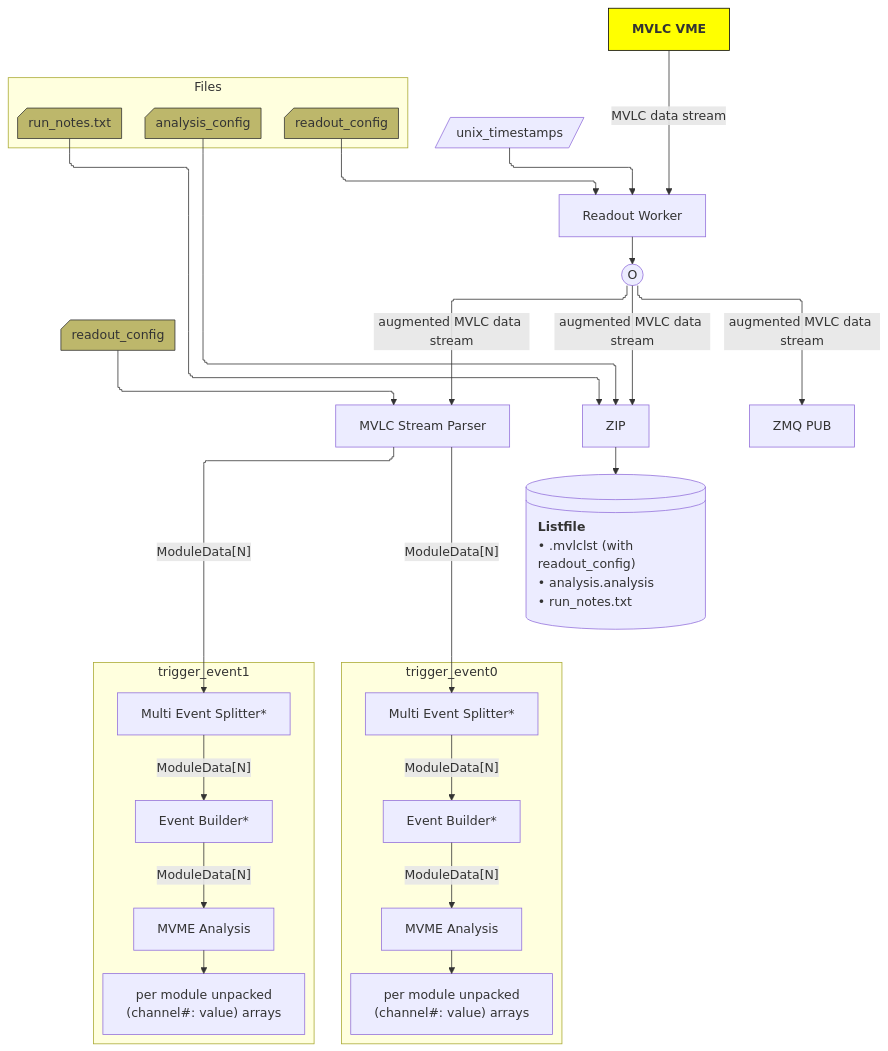
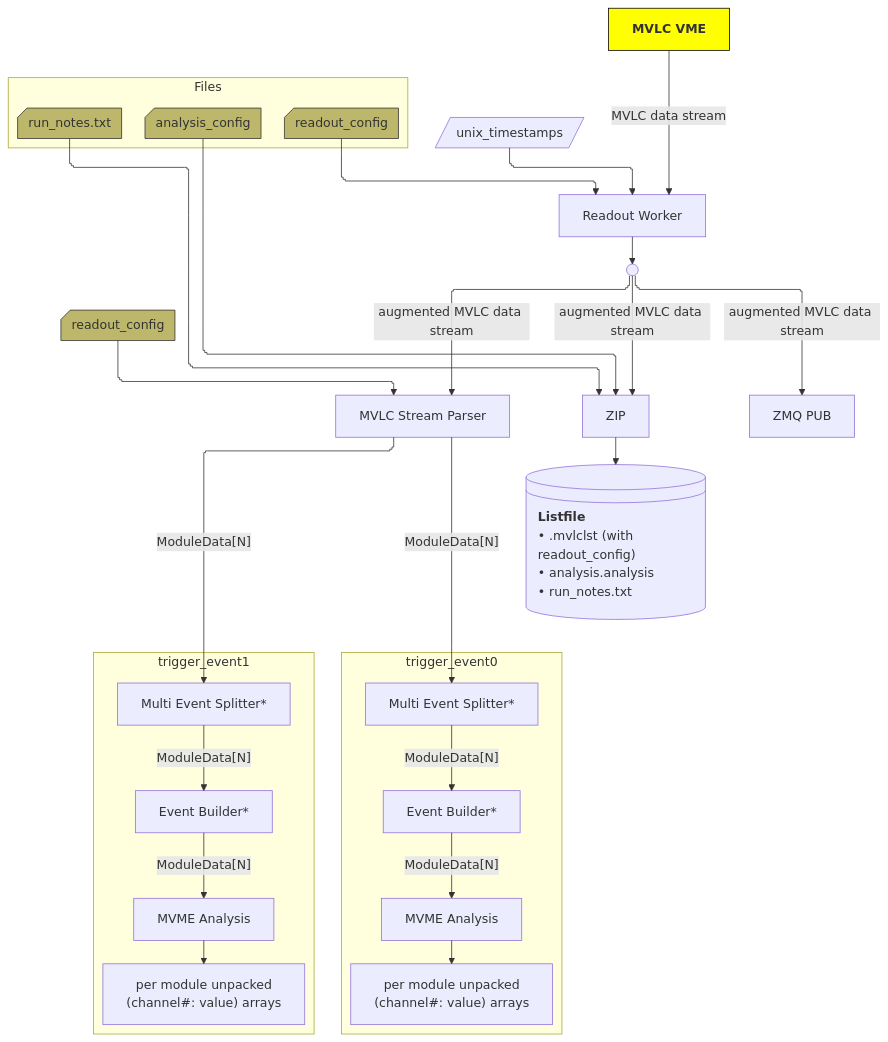
Before and after one commit to flueke/mvme: the diagram in doc/readout_data_processing_pipeline.mmd, drawn with Mermaid.

Commit message:
doc: smaller distribution node in the data processing diagram

```diff
--- a/doc/readout_data_processing_pipeline.mmd
+++ b/doc/readout_data_processing_pipeline.mmd
@@ -1,63 +1,65 @@
 ---
 config:
   title: mvme readout data processing pipeline
   theme: default
   look: default
   layout: elk
   flowchart:
     curve: stepAfter
 ---
 
 flowchart TD
     mvlc["`**MVLC VME**`"] -->|MVLC data stream| readout_worker
     readout_worker[Readout Worker]
     readout_worker --> distribute[O]@{ shape: circle}
 
 
     readout_parser -->|"`ModuleData[N]`"| multi_event_splitter[Multi Event Splitter*]
     subgraph trigger_event0
         multi_event_splitter -->|"`ModuleData[N]`"| event_builder[Event Builder*]
         event_builder -->|"`ModuleData[N]`"| analysis[MVME Analysis]
         analysis --> unpacked_data["per module unpacked<br>(channel#: value) arrays"]
     end
 
     readout_parser -->|"`ModuleData[N]`"| multi_event_splitter1[Multi Event Splitter*]
     subgraph trigger_event1
         multi_event_splitter1 -->|"`ModuleData[N]`"| event_builder1[Event Builder*]
         event_builder1 -->|"`ModuleData[N]`"| analysis1[MVME Analysis]
         analysis1 --> unpacked_data1["per module unpacked<br>(channel#: value) arrays"]
     end
 
     unix_timestamp[unix_timestamps]@{shape: lean-r } --> readout_worker
     zip[ZIP] --> listfile
     listfile["`**Listfile**
     • .mvlclst (with readout_config)
     • analysis.analysis
     • run_notes.txt`"]@{ shape: lin-cyl}
     style listfile text-align: left
+
     distribute -->|augmented MVLC data stream| zmq["ZMQ PUB"]
     distribute -->|augmented MVLC data stream| zip
     distribute -->|augmented MVLC data stream| readout_parser[MVLC Stream Parser]
+    style distribute font-size:10%;
 
     subgraph files[Files]
         readout_config
         analysis_config
         run_notes.txt
     end
 
     readout_config --> readout_worker
     analysis_config --> zip
     run_notes.txt --> zip
 
     readout_config@{ shape:  card }
     analysis_config@{ shape:  card }
     run_notes.txt@{ shape:  card }
 
     readout_config2[readout_config]@{ shape:  card } --> readout_parser
 
     %% class based styling
     classDef files fill:darkkhaki,stroke:#333;
     class readout_config,analysis_config,run_notes.txt,readout_config2 files;
 
     classDef mvlc fill:yellow,stroke:#000;
     class mvlc mvlc;
```
